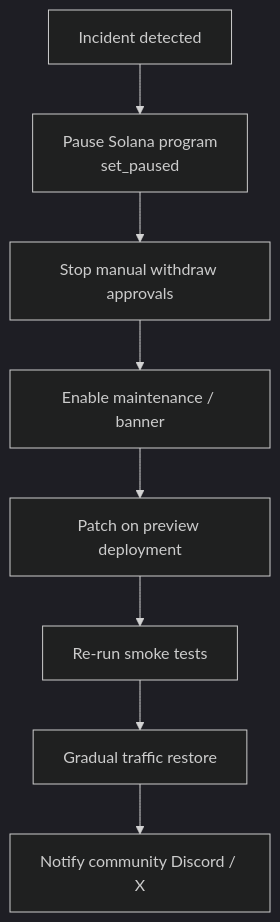
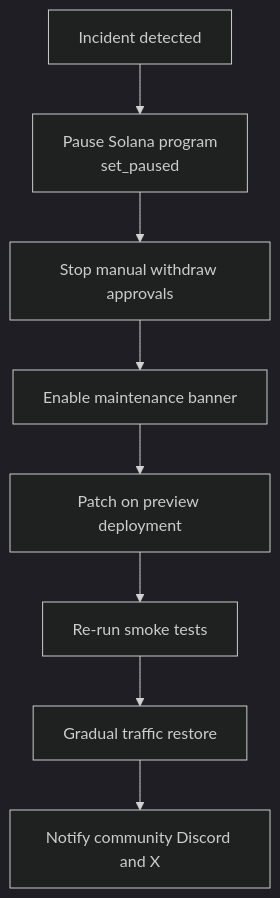
The third of 3 diagrams in mainnet.md (AmaanSayyad/apt-casino), drawn with Mermaid (dark theme) before and after one commit. The commit also changed other lines of this file and 5 other files, not shown here.

First line of the commit message:
docs: fix Mermaid diagrams for GitHub rendering

````diff
--- a/mainnet.md
+++ b/mainnet.md
@@ -149,10 +149,10 @@
 ```mermaid
 flowchart TD
     INC[Incident detected] --> PAUSE[Pause Solana program<br/>set_paused]
     PAUSE --> STOP[Stop manual withdraw approvals]
-    STOP --> MAINT[Enable maintenance / banner]
+    STOP --> MAINT[Enable maintenance banner]
     MAINT --> FIX[Patch on preview deployment]
     FIX --> TEST[Re-run smoke tests]
     TEST --> RESUME[Gradual traffic restore]
-    RESUME --> COMMS[Notify community Discord / X]
+    RESUME --> COMMS[Notify community Discord and X]
 ```
````
